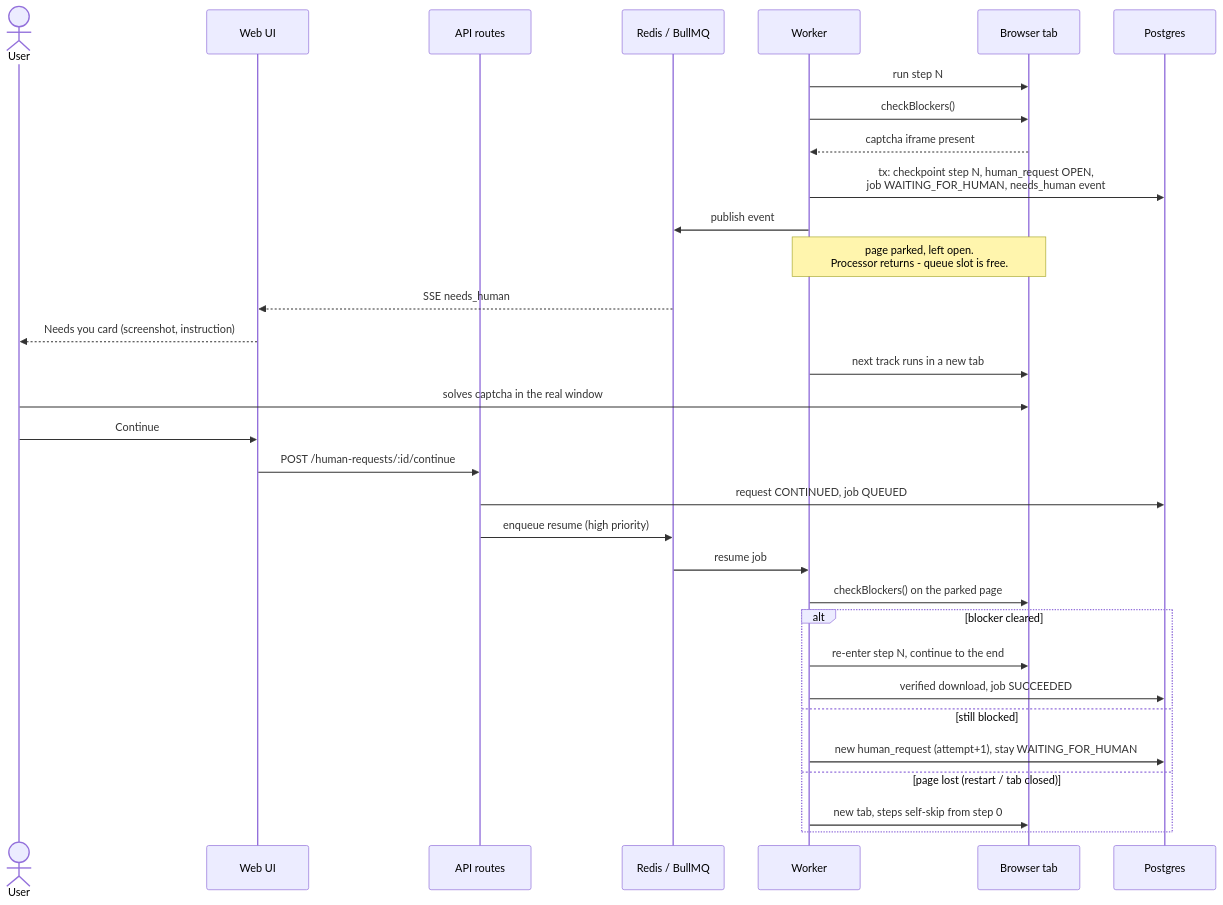
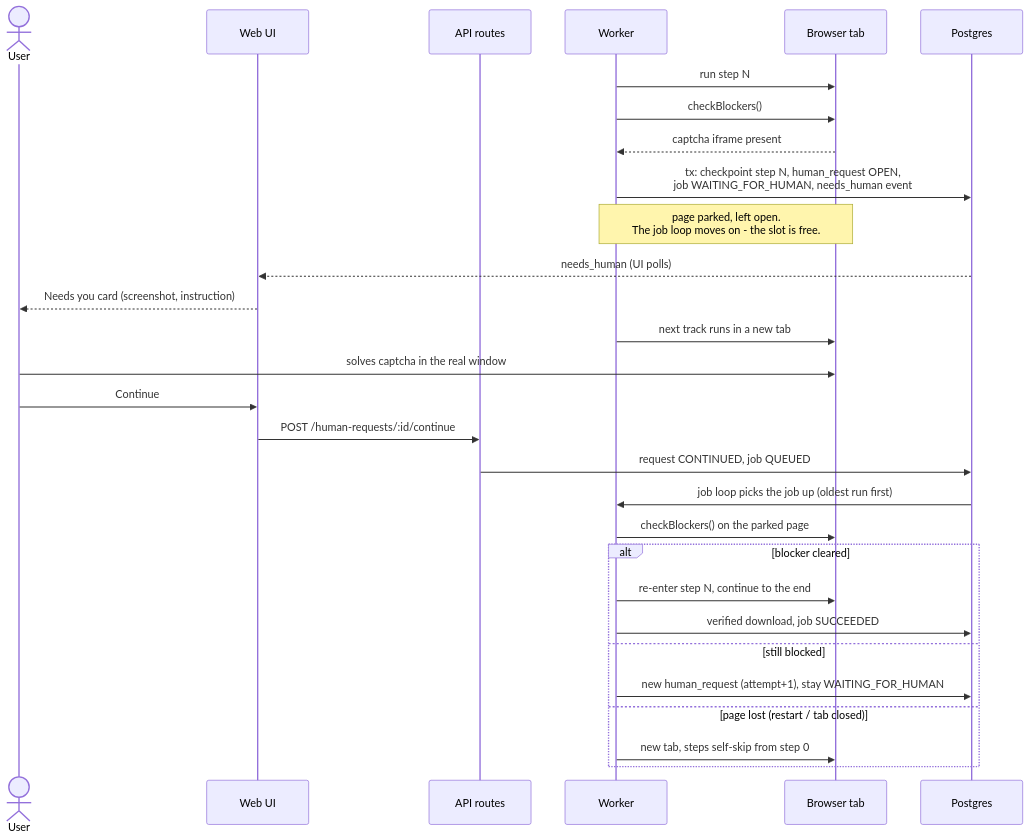
Before and after one commit to zachzloof/gatecrusher: the second of 3 diagrams in docs/ARCHITECTURE.md, drawn with Mermaid. The commit also changed other lines of this file and 103 other files, not shown here.

````diff
--- a/docs/ARCHITECTURE.md
+++ b/docs/ARCHITECTURE.md
@@ -72,35 +70,32 @@
 ```mermaid
 sequenceDiagram
     actor U as User
     participant UI as Web UI
     participant API as API routes
-    participant Q as Redis / BullMQ
     participant W as Worker
     participant B as Browser tab
     participant DB as Postgres
 
     W->>B: run step N
     W->>B: checkBlockers()
     B-->>W: captcha iframe present
     W->>DB: tx: checkpoint step N, human_request OPEN,<br/>job WAITING_FOR_HUMAN, needs_human event
-    W->>Q: publish event
-    Note over W,B: page parked, left open.<br/>Processor returns - queue slot is free.
-    Q-->>UI: SSE needs_human
+    Note over W,B: page parked, left open.<br/>The job loop moves on - the slot is free.
+    DB-->>UI: needs_human (UI polls)
     UI-->>U: Needs you card (screenshot, instruction)
     W->>B: next track runs in a new tab
     U->>B: solves captcha in the real window
     U->>UI: Continue
     UI->>API: POST /human-requests/:id/continue
     API->>DB: request CONTINUED, job QUEUED
-    API->>Q: enqueue resume (high priority)
-    Q->>W: resume job
+    DB->>W: job loop picks the job up (oldest run first)
     W->>B: checkBlockers() on the parked page
     alt blocker cleared
         W->>B: re-enter step N, continue to the end
         W->>DB: verified download, job SUCCEEDED
     else still blocked
         W->>DB: new human_request (attempt+1), stay WAITING_FOR_HUMAN
     else page lost (restart / tab closed)
         W->>B: new tab, steps self-skip from step 0
     end
 ```
````
